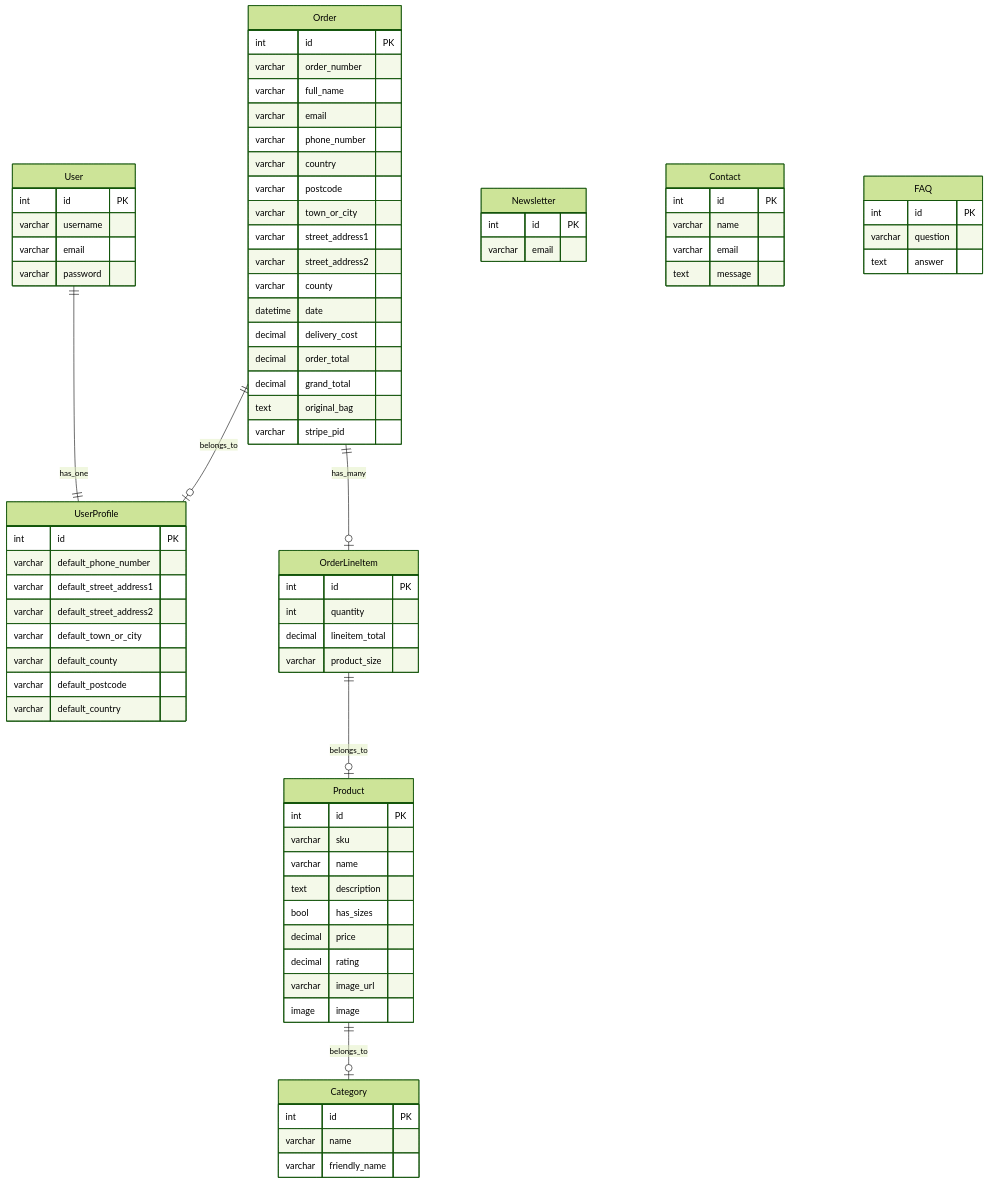
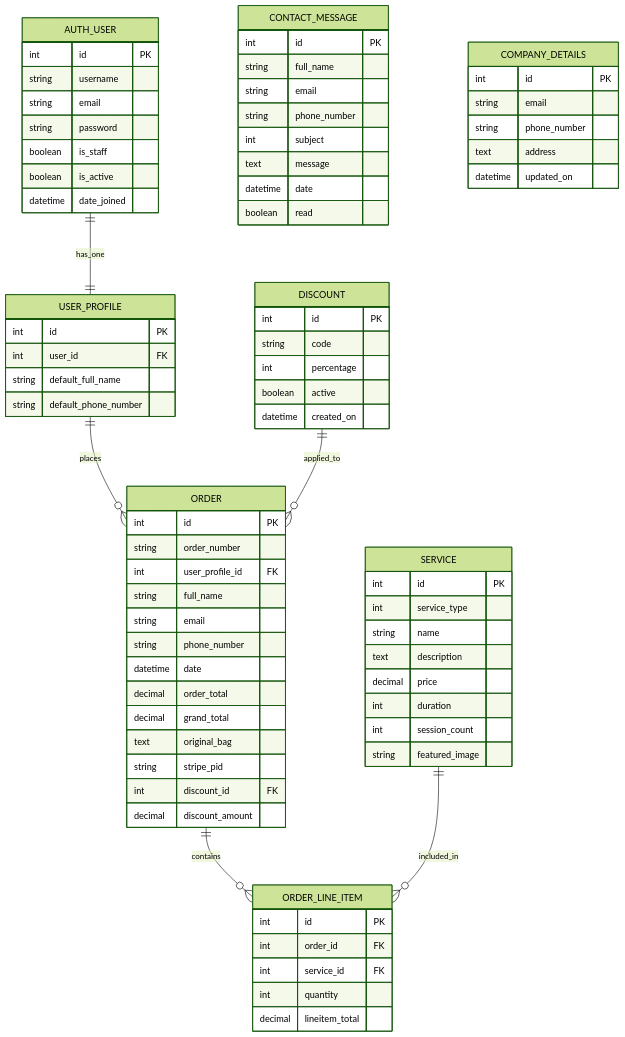
One commit to AlexThoma5/MP4_ecommerce changed the diagram in README.md. Above: the diagram before and after it, drawn with Mermaid (forest theme). The commit also changed other lines of this file, not shown here.

Commit message:
Add database design section to readme

````diff
--- a/README.md
+++ b/README.md
@@ -293,92 +273,89 @@
 ```mermaid
 erDiagram
-    User {
+
+    AUTH_USER {
         int id PK
-        varchar username
-        varchar email
-        varchar password
+        string username
+        string email
+        string password
+        boolean is_staff
+        boolean is_active
+        datetime date_joined
     }
 
-    UserProfile {
+    USER_PROFILE {
         int id PK
-        varchar default_phone_number
-        varchar default_street_address1
-        varchar default_street_address2
-        varchar default_town_or_city
-        varchar default_county
-        varchar default_postcode
-        varchar default_country
+        int user_id FK
+        string default_full_name
+        string default_phone_number
     }
 
-    User ||--|| UserProfile : has_one
-
-    Category {
+    SERVICE {
         int id PK
-        varchar name
-        varchar friendly_name
+        int service_type
+        string name
+        text description
+        decimal price
+        int duration
+        int session_count
+        string featured_image
     }
 
-    Product {
+    CONTACT_MESSAGE {
         int id PK
-        varchar sku
-        varchar name
-        text description
-        bool has_sizes
-        decimal price
-        decimal rating
-        varchar image_url
-        image image
+        string full_name
+        string email
+        string phone_number
+        int subject
+        text message
+        datetime date
+        boolean read
     }
 
-    Product ||--o| Category : belongs_to
+    COMPANY_DETAILS {
+        int id PK
+        string email
+        string phone_number
+        text address
+        datetime updated_on
+    }
 
-    Order {
+    ORDER {
         int id PK
-        varchar order_number
-        varchar full_name
-        varchar email
-        varchar phone_number
-        varchar country
-        varchar postcode
-        varchar town_or_city
-        varchar street_address1
-        varchar street_address2
-        varchar county
+        string order_number
+        int user_profile_id FK
+        string full_name
+        string email
+        string phone_number
         datetime date
-        decimal delivery_cost
         decimal order_total
         decimal grand_total
         text original_bag
-        varchar stripe_pid
+        string stripe_pid
+        int discount_id FK
+        decimal discount_amount
     }
 
-    OrderLineItem {
+    ORDER_LINE_ITEM {
         int id PK
+        int order_id FK
+        int service_id FK
         int quantity
         decimal lineitem_total
-        varchar product_size
     }
 
-    Order ||--o| OrderLineItem : has_many
-    OrderLineItem ||--o| Product : belongs_to
-
-    Order ||--o| UserProfile : belongs_to
-
-    Newsletter {
+    DISCOUNT {
         int id PK
-        varchar email
+        string code
+        int percentage
+        boolean active
+        datetime created_on
     }
 
-    Contact {
-        int id PK
-        varchar name
-        varchar email
-        text message
-    }
-
-    FAQ {
-        int id PK
-        varchar question
-        text answer
-    }
+    %% Relationships
+    AUTH_USER ||--|| USER_PROFILE : has_one
+    USER_PROFILE ||--o{ ORDER : places
+    ORDER ||--o{ ORDER_LINE_ITEM : contains
+    SERVICE ||--o{ ORDER_LINE_ITEM : included_in
+    DISCOUNT ||--o{ ORDER : applied_to
 ```
````
